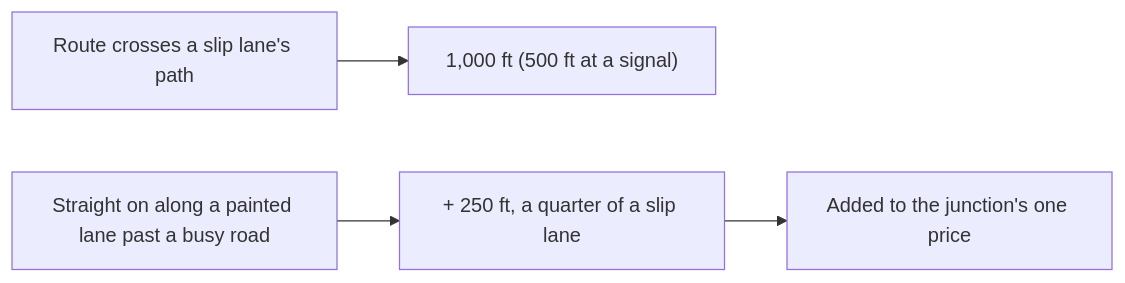
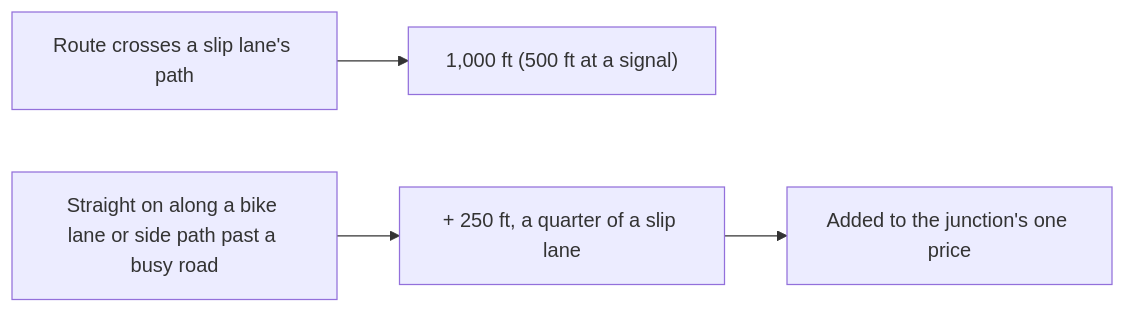
Before and after one commit to Macrophage87/RouteMaker: the fifth of 10 diagrams in docs/stress/intersections.md, drawn with Mermaid. The commit also changed other lines of this file and 3 other files, not shown here.

First line of the commit message:
Right hook: every right-edge bike facility, once, as a quarter of a slip lane

````diff
--- a/docs/stress/intersections.md
+++ b/docs/stress/intersections.md
@@ -292,6 +292,6 @@
 ```mermaid
 flowchart LR
   A["Route crosses a slip lane's path"] --> B["1,000 ft (500 ft at a signal)"]
-  C["Straight on along a painted lane past a busy road"] --> D["+ 250 ft, a quarter of a slip lane"]
+  C["Straight on along a bike lane or side path past a busy road"] --> D["+ 250 ft, a quarter of a slip lane"]
   D --> E["Added to the junction's one price"]
 ```
````
